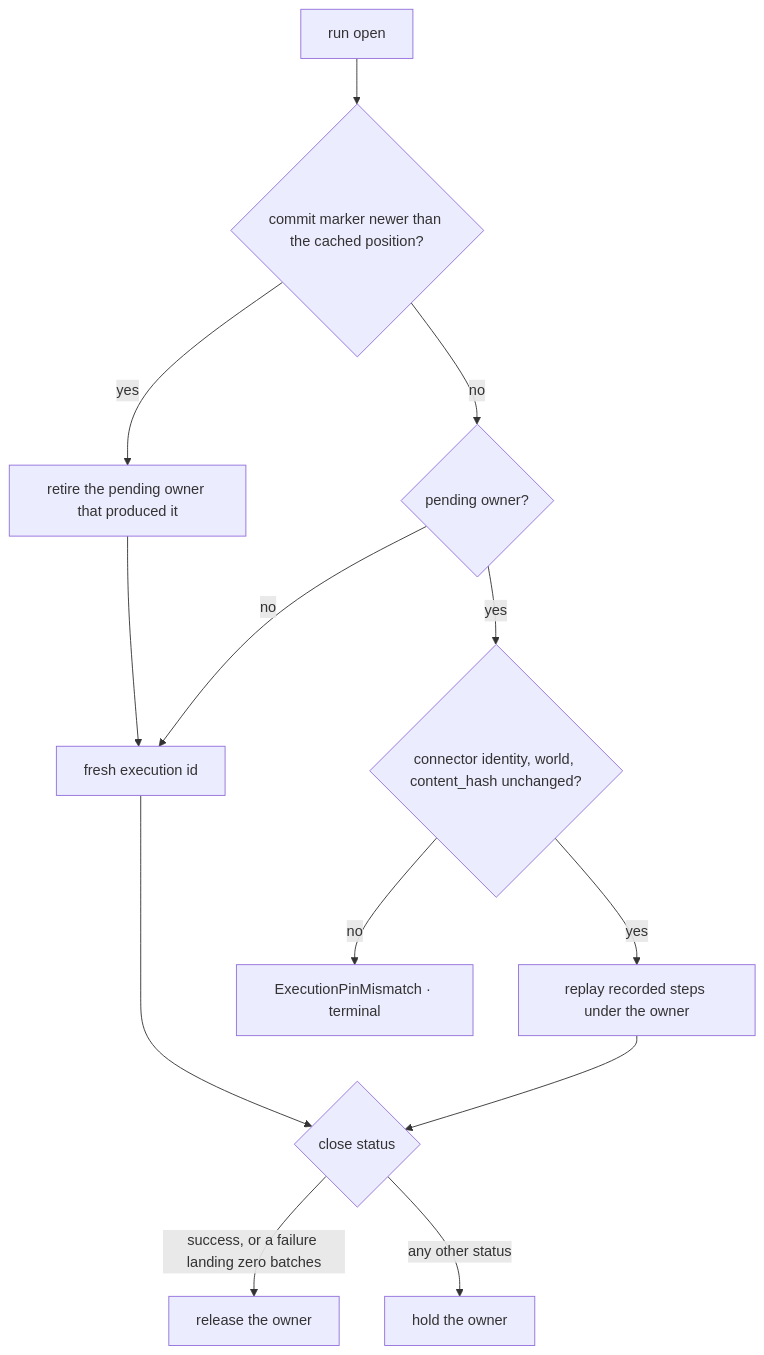
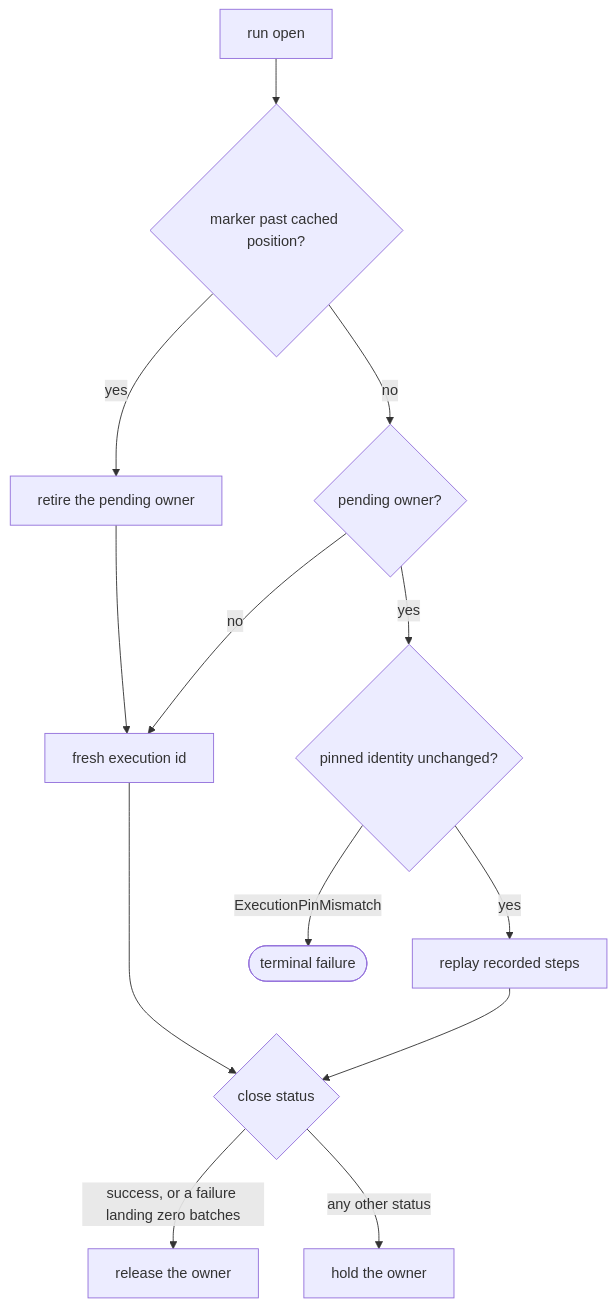
The fourth of 6 diagrams in spec/30-run.md (fractalboxdev/contextful), drawn with Mermaid before and after one commit. The commit also changed other lines of this file and 24 other files, not shown here.

First line of the commit message:
spec: every flowchart draws one entity or process per node

````diff
--- a/spec/30-run.md
+++ b/spec/30-run.md
@@ -240,15 +238,15 @@
 ```mermaid
 flowchart TD
-  O["run open"] --> M{"commit marker newer than the cached position?"}
-  M -->|yes| RET["retire the pending owner that produced it"]
+  O["run open"] --> M{"marker past cached position?"}
+  M -->|yes| RET["retire the pending owner"]
   M -->|no| P{"pending owner?"}
   RET --> FRESH["fresh execution id"]
   P -->|no| FRESH
-  P -->|yes| PIN{"connector identity, world, content_hash unchanged?"}
-  PIN -->|no| ERR["ExecutionPinMismatch · terminal"]
-  PIN -->|yes| REPLAY["replay recorded steps under the owner"]
+  P -->|yes| PIN{"pinned identity unchanged?"}
+  PIN -->|"ExecutionPinMismatch"| ERR(["terminal failure"])
+  PIN -->|yes| REPLAY["replay recorded steps"]
   REPLAY --> CLOSE{"close status"}
   FRESH --> CLOSE
   CLOSE -->|"success, or a failure landing zero batches"| REL["release the owner"]
   CLOSE -->|"any other status"| HOLD["hold the owner"]
 ```
````
